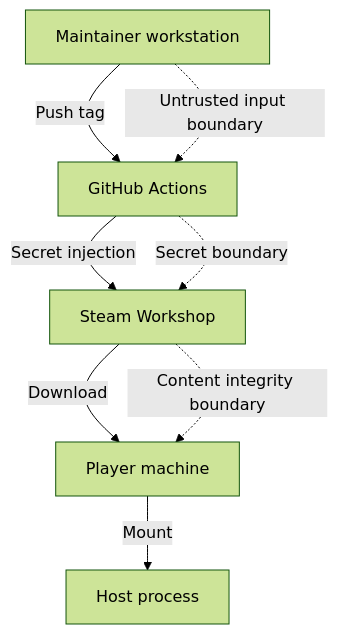
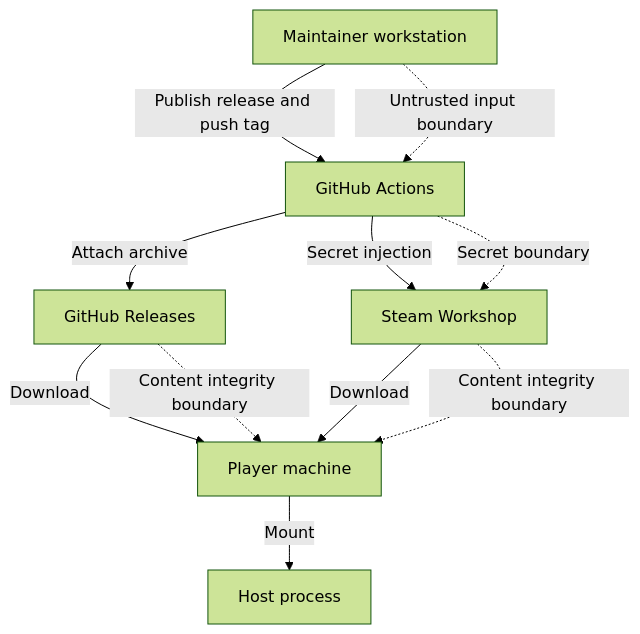
One commit to hmlendea/imperator-dracones-invictus changed the diagram in docs/security.md. Above: the diagram before and after it, drawn with Mermaid (forest theme). The commit also changed other lines of this file and 23 other files, not shown here.

Commit message:
ci: Created the GitHub Release workflow

````diff
--- a/docs/security.md
+++ b/docs/security.md
@@ -18,11 +18,14 @@
 ```mermaid
 flowchart TD
-    Maintainer[Maintainer workstation] -->|Push tag| Actions[GitHub Actions]
+    Maintainer[Maintainer workstation] -->|Publish release and push tag| Actions[GitHub Actions]
+    Actions -->|Attach archive| Releases[GitHub Releases]
     Actions -->|Secret injection| Workshop[Steam Workshop]
-    Workshop -->|Download| Player[Player machine]
+    Releases -->|Download| Player[Player machine]
+    Workshop -->|Download| Player
     Player -->|Mount| Host[Host process]
 
     Maintainer -.->|Untrusted input boundary| Actions
     Actions -.->|Secret boundary| Workshop
+    Releases -.->|Content integrity boundary| Player
     Workshop -.->|Content integrity boundary| Player
 ```
````
